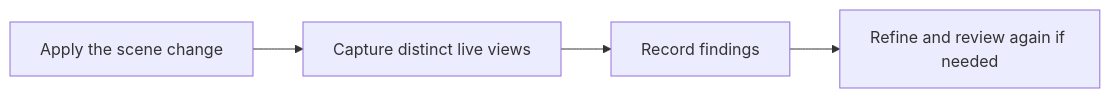
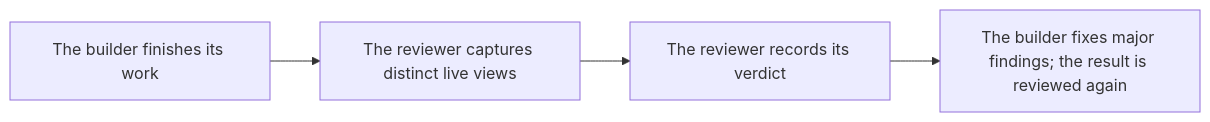
One commit to AbdulHaseeb-1/Movynta changed the diagram in docs/tools/modeling.assess_quality.md. Above: the diagram before and after it, drawn with Mermaid. The commit also changed other lines of this file and 37 other files, not shown here.

````diff
--- a/docs/tools/modeling.assess_quality.md
+++ b/docs/tools/modeling.assess_quality.md
@@ -75,10 +75,10 @@
 ```mermaid
 flowchart LR
-  S0["Apply the scene change"]
-  S1["Capture distinct live views"]
-  S2["Record findings"]
-  S3["Refine and review again if needed"]
+  S0["The builder finishes its work"]
+  S1["The reviewer captures distinct live views"]
+  S2["The reviewer records its verdict"]
+  S3["The builder fixes major findings; the result is reviewed again"]
   S0 --> S1
   S1 --> S2
   S2 --> S3
 ```
````
